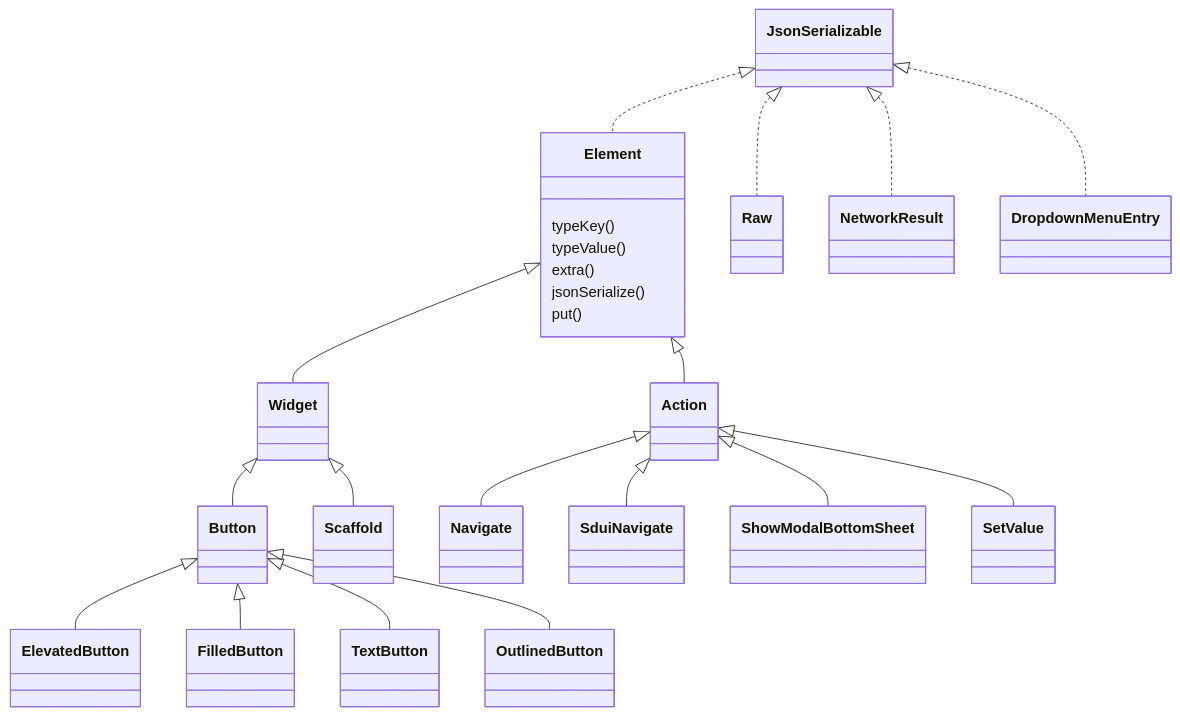
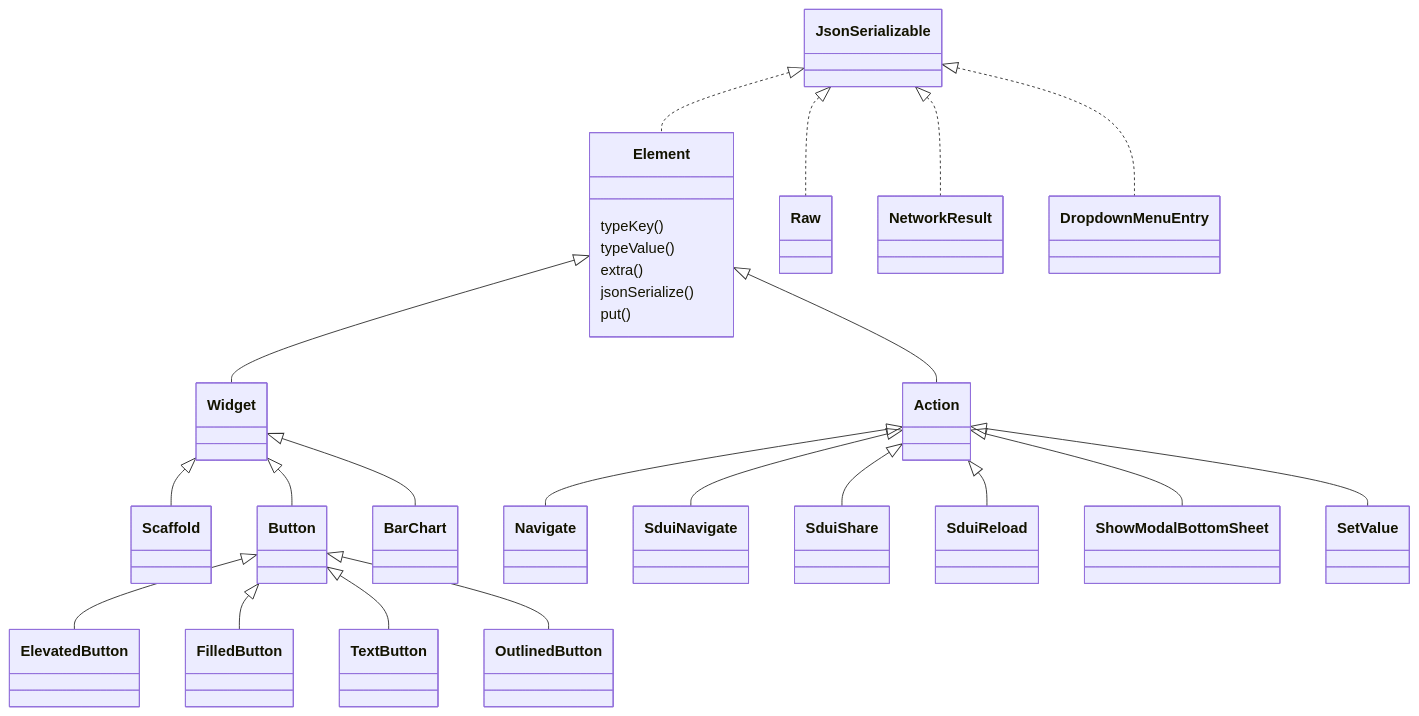
One commit to rafalejandrorh/SDUI-Core changed the first of 2 diagrams in docs/arquitectura.md. Above: the diagram before and after it, drawn with Mermaid. The commit also changed other lines of this file and 9 other files, not shown here.

````diff
--- a/docs/arquitectura.md
+++ b/docs/arquitectura.md
@@ -7,33 +7,36 @@
 ```mermaid
 classDiagram
   class JsonSerializable
   class Element {
     typeKey()
     typeValue()
     extra()
     jsonSerialize()
     put()
   }
   class Widget
   class Action
   class Raw
   class Button
   class NetworkResult
   class DropdownMenuEntry
   JsonSerializable <|.. Element
   JsonSerializable <|.. Raw
   JsonSerializable <|.. NetworkResult
   JsonSerializable <|.. DropdownMenuEntry
   Element <|-- Widget
   Element <|-- Action
   Widget <|-- Scaffold
   Widget <|-- Button
   Button <|-- ElevatedButton
   Button <|-- FilledButton
   Button <|-- TextButton
   Button <|-- OutlinedButton
   Action <|-- Navigate
   Action <|-- SduiNavigate
+  Action <|-- SduiShare
+  Action <|-- SduiReload
   Action <|-- ShowModalBottomSheet
   Action <|-- SetValue
+  Widget <|-- BarChart
 ```
````
